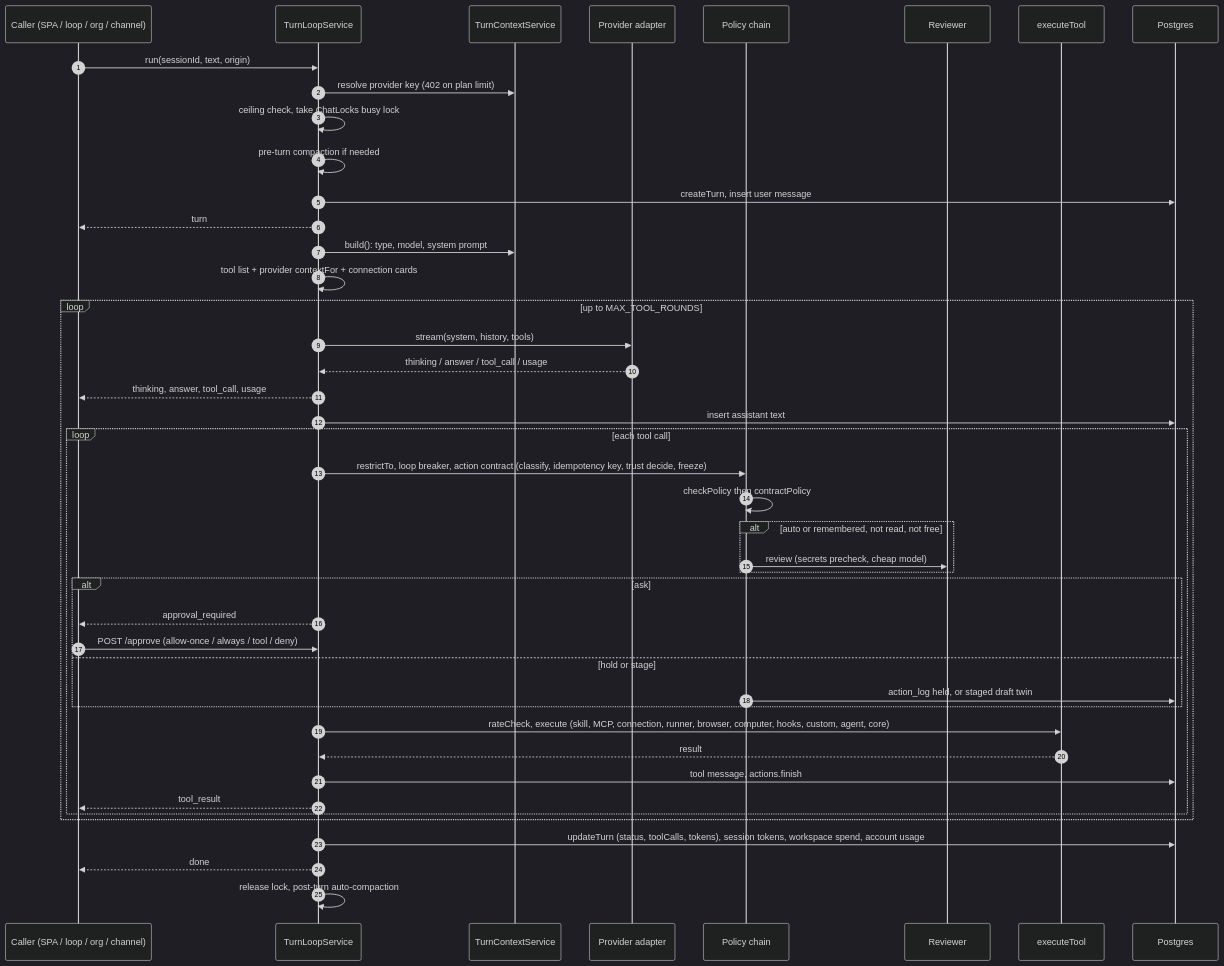
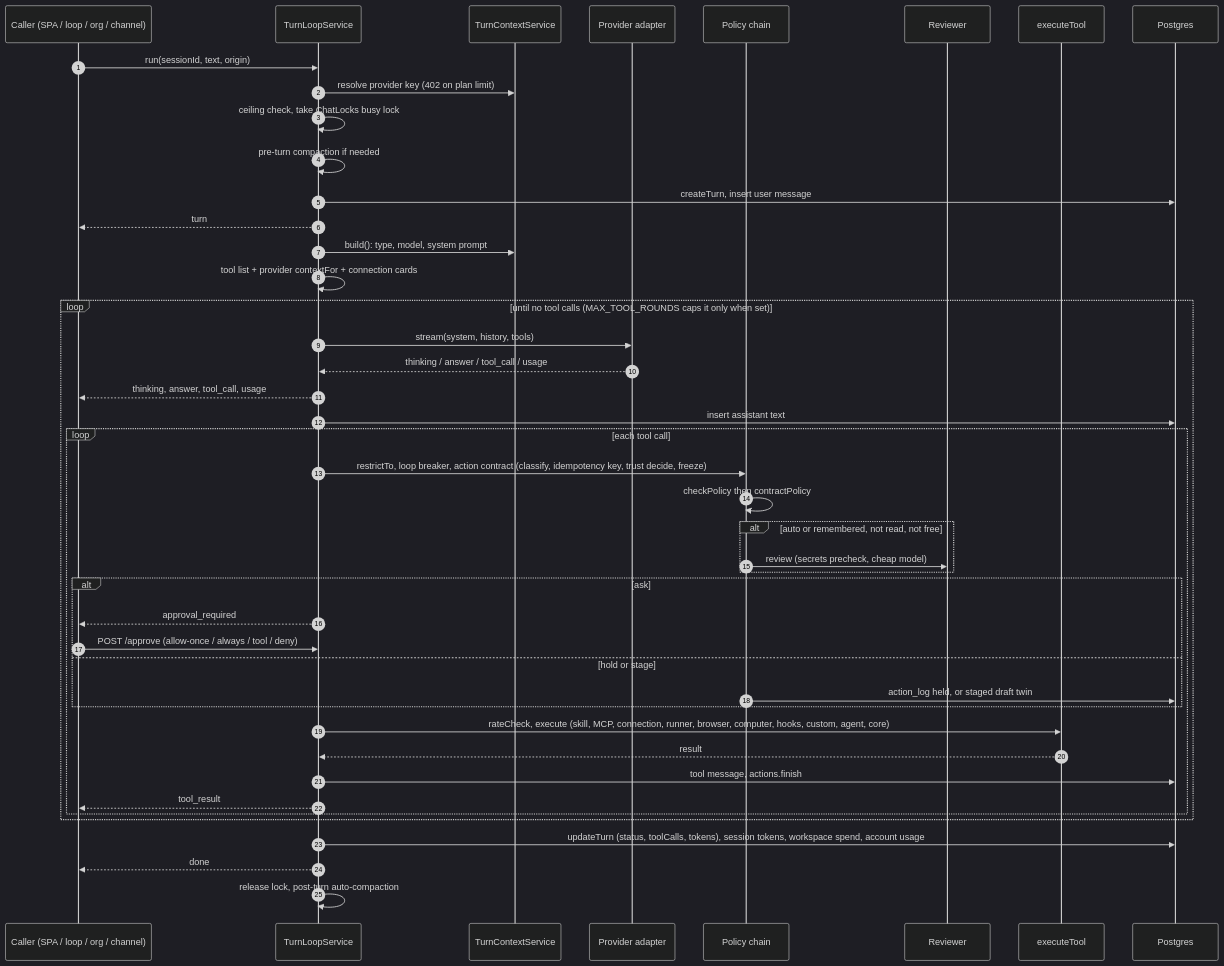
Before and after one commit to xuancanh/YAAP: the third of 4 diagrams in docs/architecture.md, drawn with Mermaid (dark theme). The commit also changed other lines of this file and 7 other files, not shown here.

First line of the commit message:
feat(chat): no cap on tool rounds per turn by default; MAX_TOOL_ROUNDS is an optional operator cap

````diff
--- a/docs/architecture.md
+++ b/docs/architecture.md
@@ -197,47 +197,47 @@
 ```mermaid
 sequenceDiagram
   autonumber
   participant C as Caller (SPA / loop / org / channel)
   participant T as TurnLoopService
   participant X as TurnContextService
   participant P as Provider adapter
   participant G as Policy chain
   participant R as Reviewer
   participant E as executeTool
   participant DB as Postgres
 
   C->>T: run(sessionId, text, origin)
   T->>X: resolve provider key (402 on plan limit)
   T->>T: ceiling check, take ChatLocks busy lock
   T->>T: pre-turn compaction if needed
   T->>DB: createTurn, insert user message
   T-->>C: turn
   T->>X: build(): type, model, system prompt
   T->>T: tool list + provider contextFor + connection cards
-  loop up to MAX_TOOL_ROUNDS
+  loop until no tool calls (MAX_TOOL_ROUNDS caps it only when set)
     T->>P: stream(system, history, tools)
     P-->>T: thinking / answer / tool_call / usage
     T-->>C: thinking, answer, tool_call, usage
     T->>DB: insert assistant text
     loop each tool call
       T->>G: restrictTo, loop breaker, action contract (classify, idempotency key, trust decide, freeze)
       G->>G: checkPolicy then contractPolicy
       alt auto or remembered, not read, not free
         G->>R: review (secrets precheck, cheap model)
       end
       alt ask
         T-->>C: approval_required
         C->>T: POST /approve (allow-once / always / tool / deny)
       else hold or stage
         G->>DB: action_log held, or staged draft twin
       end
       T->>E: rateCheck, execute (skill, MCP, connection, runner, browser, computer, hooks, custom, agent, core)
       E-->>T: result
       T->>DB: tool message, actions.finish
       T-->>C: tool_result
     end
   end
   T->>DB: updateTurn (status, toolCalls, tokens), session tokens, workspace spend, account usage
   T-->>C: done
   T->>T: release lock, post-turn auto-compaction
 ```
````
